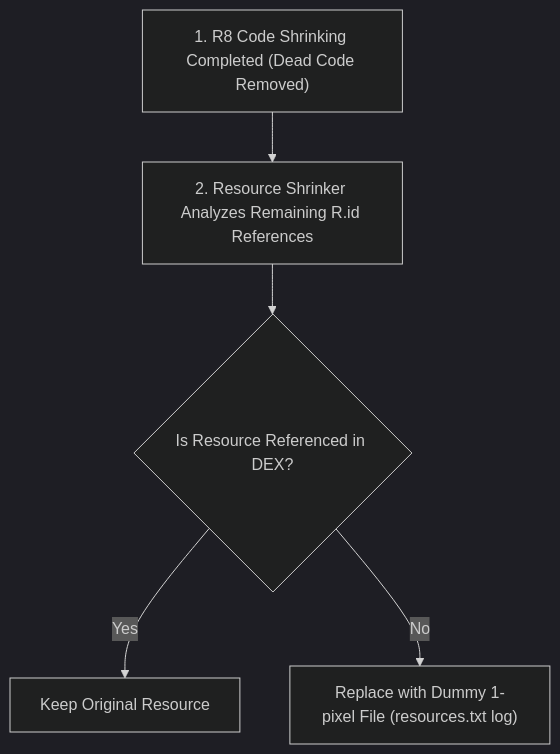
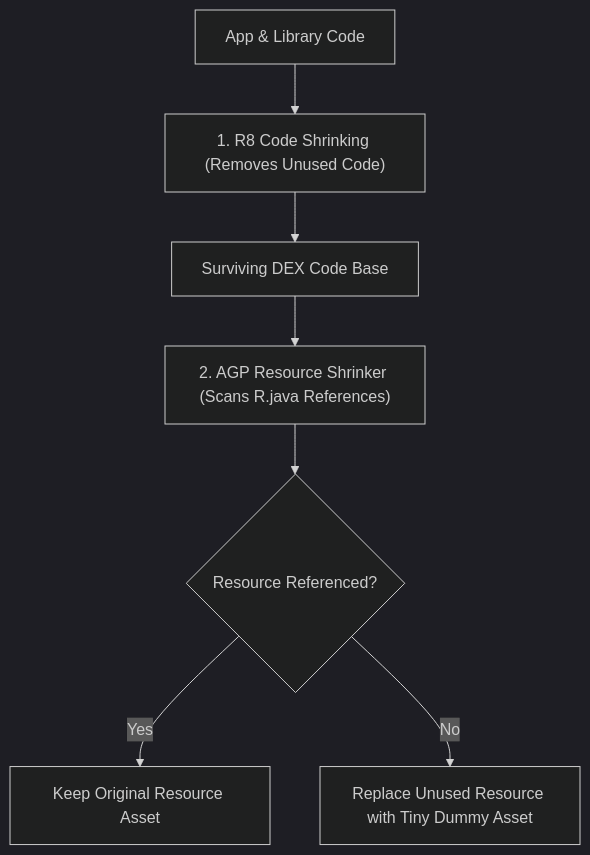
One commit to youngmin-gwon/what-i-studied changed the diagram in 01_inbox/mobile/android/03_packaging_deployment/optimization/build-optimization-contracts/resource-shrinking-removes-unused-resources-after-code-shrinking.md. Above: the diagram before and after it, drawn with Mermaid (dark theme). The commit also changed other lines of this file and 134 other files, not shown here.

````diff
--- a/01_inbox/mobile/android/03_packaging_deployment/optimization/build-optimization-contracts/resource-shrinking-removes-unused-resources-after-code-shrinking.md
+++ b/01_inbox/mobile/android/03_packaging_deployment/optimization/build-optimization-contracts/resource-shrinking-removes-unused-resources-after-code-shrinking.md
@@ -18,7 +25,9 @@
 ```mermaid
 flowchart TD
-    R8Done["1. R8 Code Shrinking Completed (Dead Code Removed)"] --> ResAnalysis["2. Resource Shrinker Analyzes Remaining R.id References"]
-    ResAnalysis --> CheckUnused{"Is Resource Referenced in DEX?"}
-    CheckUnused -->|Yes| KeepRes["Keep Original Resource"]
-    CheckUnused -->|No| ReplaceDummy["Replace with Dummy 1-pixel File (resources.txt log)"]
+    JavaCode["App & Library Code"] --> R8Shrink["1. R8 Code Shrinking (Removes Unused Code)"]
+    R8Shrink --> AliveCode["Surviving DEX Code Base"]
+    AliveCode --> ResScanner["2. AGP Resource Shrinker (Scans R.java References)"]
+    ResScanner --> FilterRes{"Resource Referenced?"}
+    FilterRes -->|Yes| KeepRes["Keep Original Resource Asset"]
+    FilterRes -->|No| StripRes["Replace Unused Resource with Tiny Dummy Asset"]
 ```
````
